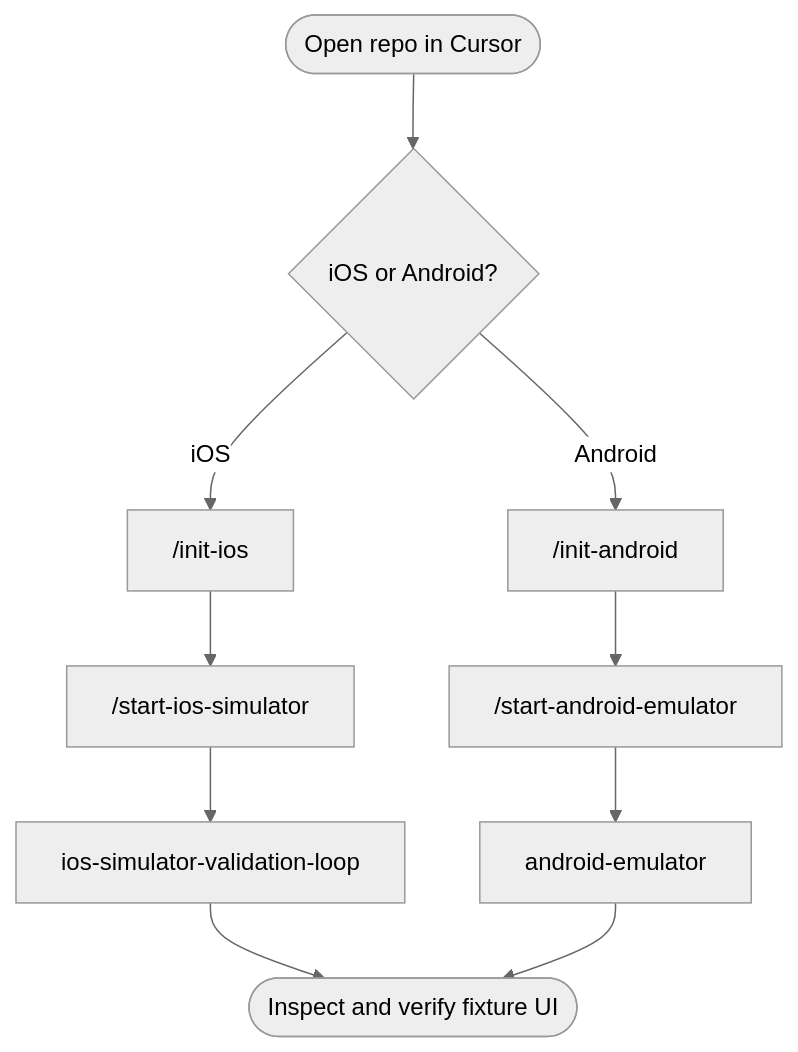
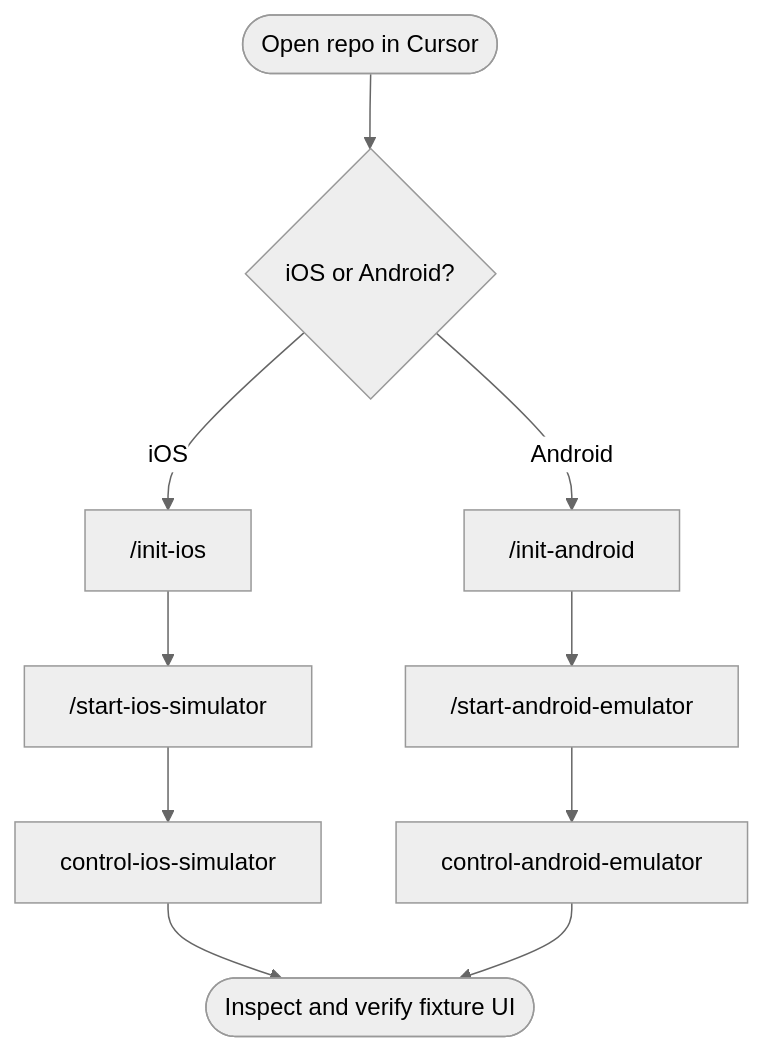
One commit to fieldsphere/flash-list-mobile changed the diagram in README.md. Above: the diagram before and after it, drawn with Mermaid (neutral theme). The commit also changed other lines of this file and 14 other files, not shown here.

First line of the commit message:
docs(skills): rename control skills for iOS and Android

````diff
--- a/README.md
+++ b/README.md
@@ -11,18 +11,18 @@
 ```mermaid
 flowchart TD
   start([Open repo in Cursor])
   choose{iOS or Android?}
 
   start --> choose
 
   choose -->|iOS| init_ios["/init-ios"]
   init_ios --> start_ios["/start-ios-simulator"]
-  start_ios --> validate_ios["ios-simulator-validation-loop"]
+  start_ios --> validate_ios["control-ios-simulator"]
 
   choose -->|Android| init_android["/init-android"]
   init_android --> start_android["/start-android-emulator"]
-  start_android --> validate_android["android-emulator"]
+  start_android --> validate_android["control-android-emulator"]
 
   validate_ios --> done([Inspect and verify fixture UI])
   validate_android --> done
 ```
````
